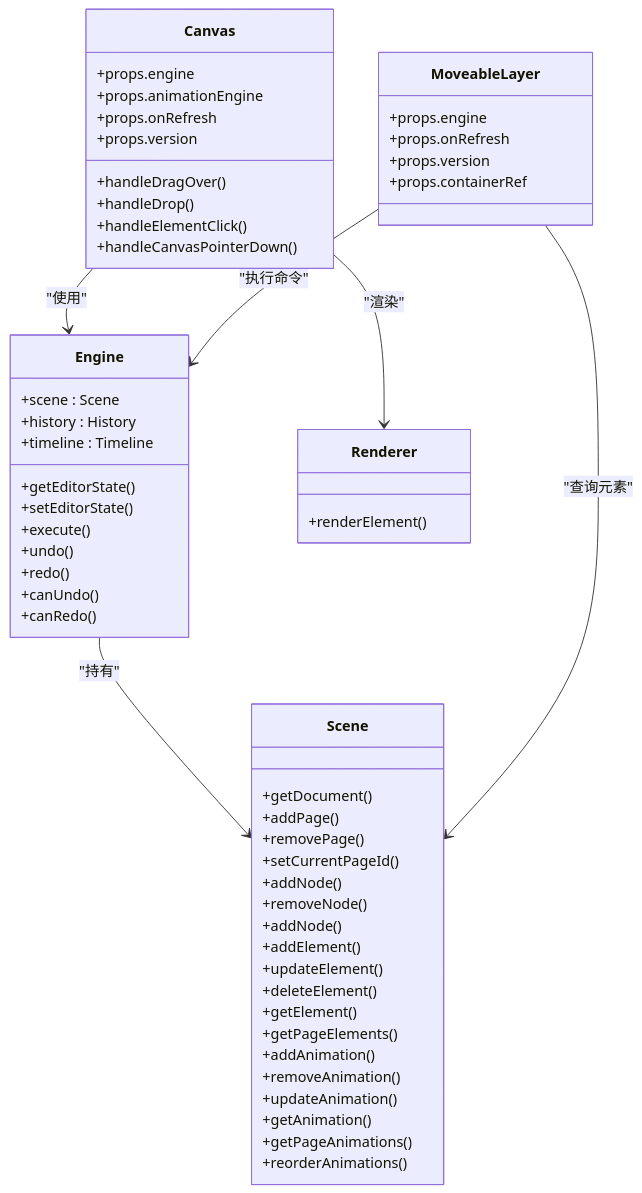
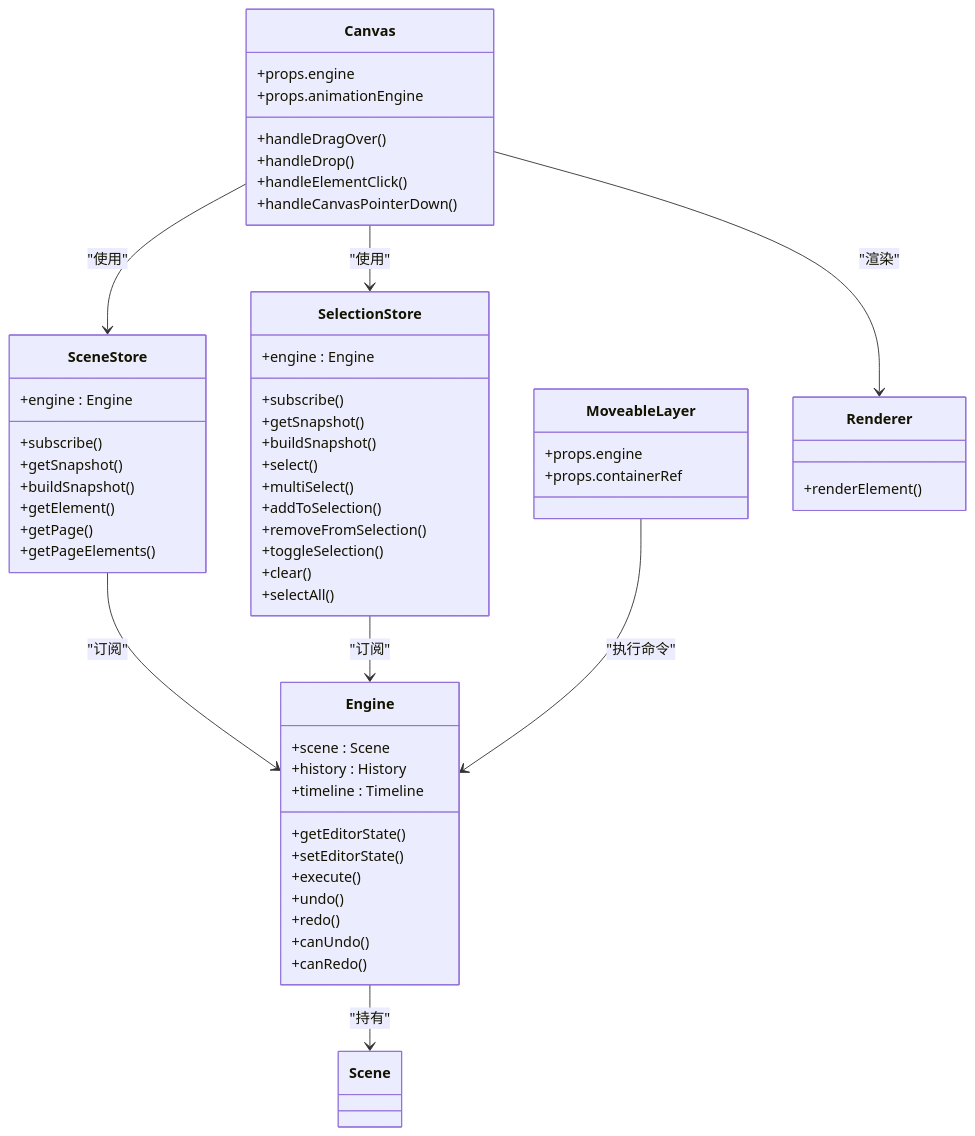
The fifth of 5 diagrams in .qoder/repowiki/zh/content/UI组件系统/画布组件 (Canvas).md (Anna0314zy/ai_editor_enginer), drawn with Mermaid before and after one commit. The commit also changed other lines of this file and 17 other files, not shown here.

````diff
--- a/.qoder/repowiki/zh/content/UI组件系统/画布组件 (Canvas).md
+++ b/.qoder/repowiki/zh/content/UI组件系统/画布组件 (Canvas).md
@@ -287,59 +353,59 @@
 ```mermaid
 classDiagram
 class Engine {
 +scene : Scene
 +history : History
 +timeline : Timeline
 +getEditorState()
 +setEditorState()
 +execute()
 +undo()
 +redo()
 +canUndo()
 +canRedo()
 }
-class Scene {
-+getDocument()
-+addPage()
-+removePage()
-+setCurrentPageId()
-+addNode()
-+removeNode()
-+addNode()
-+addElement()
-+updateElement()
-+deleteElement()
+class SceneStore {
++engine : Engine
++subscribe()
++getSnapshot()
++buildSnapshot()
 +getElement()
++getPage()
 +getPageElements()
-+addAnimation()
-+removeAnimation()
-+updateAnimation()
-+getAnimation()
-+getPageAnimations()
-+reorderAnimations()
+}
+class SelectionStore {
++engine : Engine
++subscribe()
++getSnapshot()
++buildSnapshot()
++select()
++multiSelect()
++addToSelection()
++removeFromSelection()
++toggleSelection()
++clear()
++selectAll()
 }
 class Canvas {
 +props.engine
 +props.animationEngine
-+props.onRefresh
-+props.version
 +handleDragOver()
 +handleDrop()
 +handleElementClick()
 +handleCanvasPointerDown()
 }
 class MoveableLayer {
 +props.engine
-+props.onRefresh
-+props.version
 +props.containerRef
 }
 class Renderer {
 +renderElement()
 }
 Engine --> Scene : "持有"
-Canvas --> Engine : "使用"
+SceneStore --> Engine : "订阅"
+SelectionStore --> Engine : "订阅"
+Canvas --> SceneStore : "使用"
+Canvas --> SelectionStore : "使用"
 Canvas --> Renderer : "渲染"
-MoveableLayer --> Scene : "查询元素"
 MoveableLayer --> Engine : "执行命令"
 ```
````
